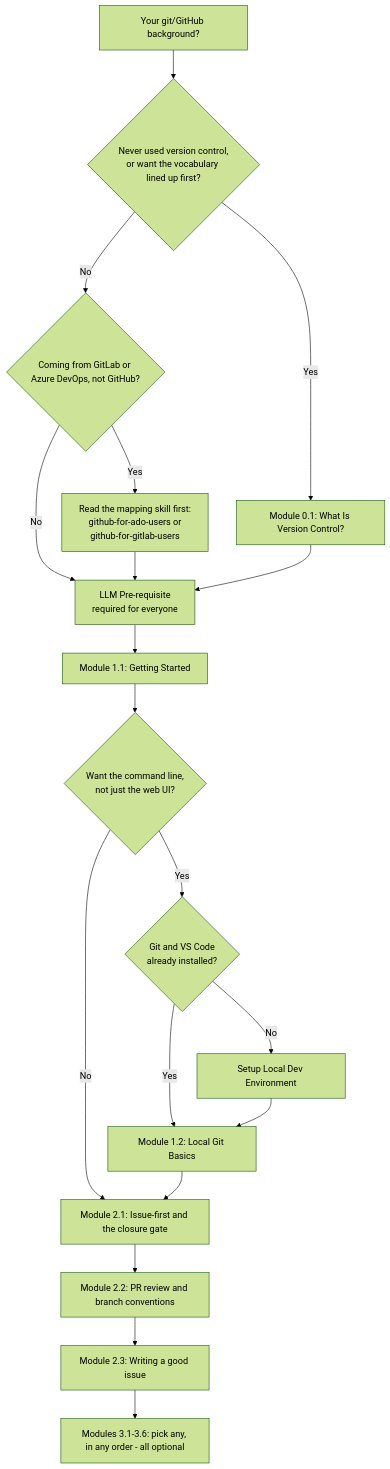
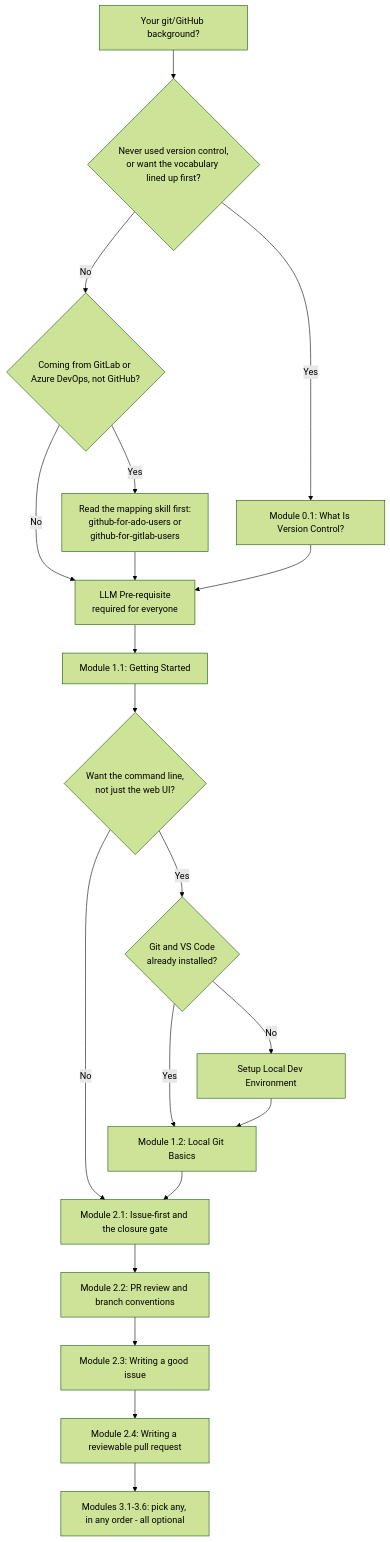
Before and after one commit to JeanKadang/DOC-GitHub-Practice-Skills: the first of 2 diagrams in education/README.md, drawn with Mermaid (forest theme). The commit also changed other lines of this file and 3 other files, not shown here.

First line of the commit message:
docs: add Module 2.4, writing a reviewable pull request

````diff
--- a/education/README.md
+++ b/education/README.md
@@ -34,21 +34,22 @@
 ```mermaid
 flowchart TD
     Start[Your git/GitHub background?] --> Q1{Never used version control,<br/>or want the vocabulary lined up first?}
     Q1 -- Yes --> S0[Module 0.1: What Is Version Control?]
     Q1 -- No --> Q2{Coming from GitLab or Azure DevOps, not GitHub?}
     Q2 -- Yes --> Pre[Read the mapping skill first:<br/>github-for-ado-users or<br/>github-for-gitlab-users]
     Q2 -- No --> LLM0[LLM Pre-requisite<br/>required for everyone]
     Pre --> LLM0
     S0 --> LLM0
     LLM0 --> S1[Module 1.1: Getting Started]
     S1 --> Q3{Want the command line,<br/>not just the web UI?}
     Q3 -- Yes --> Q4{Git and VS Code<br/>already installed?}
     Q3 -- No --> M2a[Module 2.1: Issue-first and the closure gate]
     Q4 -- No --> Extra[Setup Local Dev Environment]
     Q4 -- Yes --> S2[Module 1.2: Local Git Basics]
     Extra --> S2
     S2 --> M2a
     M2a --> M2b[Module 2.2: PR review and branch conventions]
     M2b --> M2c[Module 2.3: Writing a good issue]
-    M2c --> M3[Modules 3.1-3.6: pick any, in any order - all optional]
+    M2c --> M2d[Module 2.4: Writing a reviewable pull request]
+    M2d --> M3[Modules 3.1-3.6: pick any, in any order - all optional]
 ```
````
